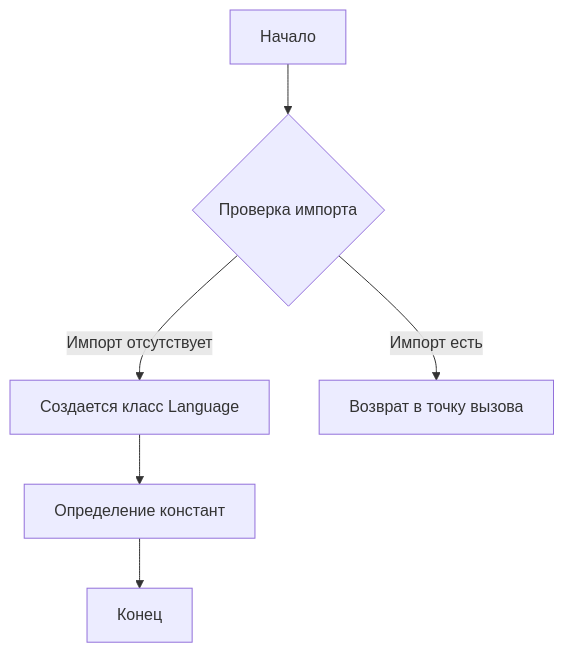
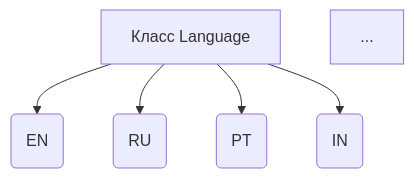
The first of 2 diagrams in docs/gemini/ru/explainer/src/suppliers/aliexpress/api/models/languages.md (hypo69/hypo), drawn with Mermaid before and after one commit. The commit also changed other lines of this file and 468 other files, not shown here.

````diff
--- a/docs/gemini/ru/explainer/src/suppliers/aliexpress/api/models/languages.md
+++ b/docs/gemini/ru/explainer/src/suppliers/aliexpress/api/models/languages.md
@@ -38,8 +40,8 @@
 ```mermaid
 graph TD
-    A[Начало] --> B{Проверка импорта};
-    B -- Импорт отсутствует --> C[Создается класс Language];
-    B -- Импорт есть --> D[Возврат в точку вызова];
-    C --> E[Определение констант];
-    E --> F[Конец];
+    A[Класс Language] --> B(EN);
+    A --> C(RU);
+    A --> D(PT);
+    ...
+    A --> Z(IN);
 ```
````
